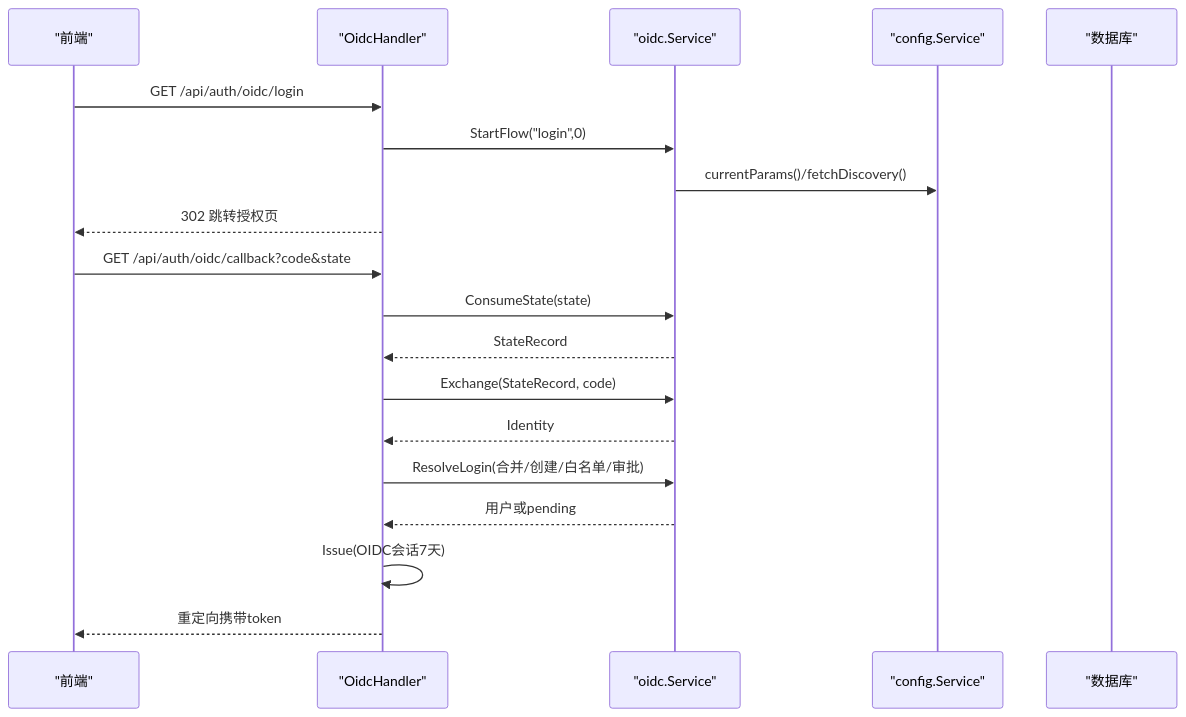
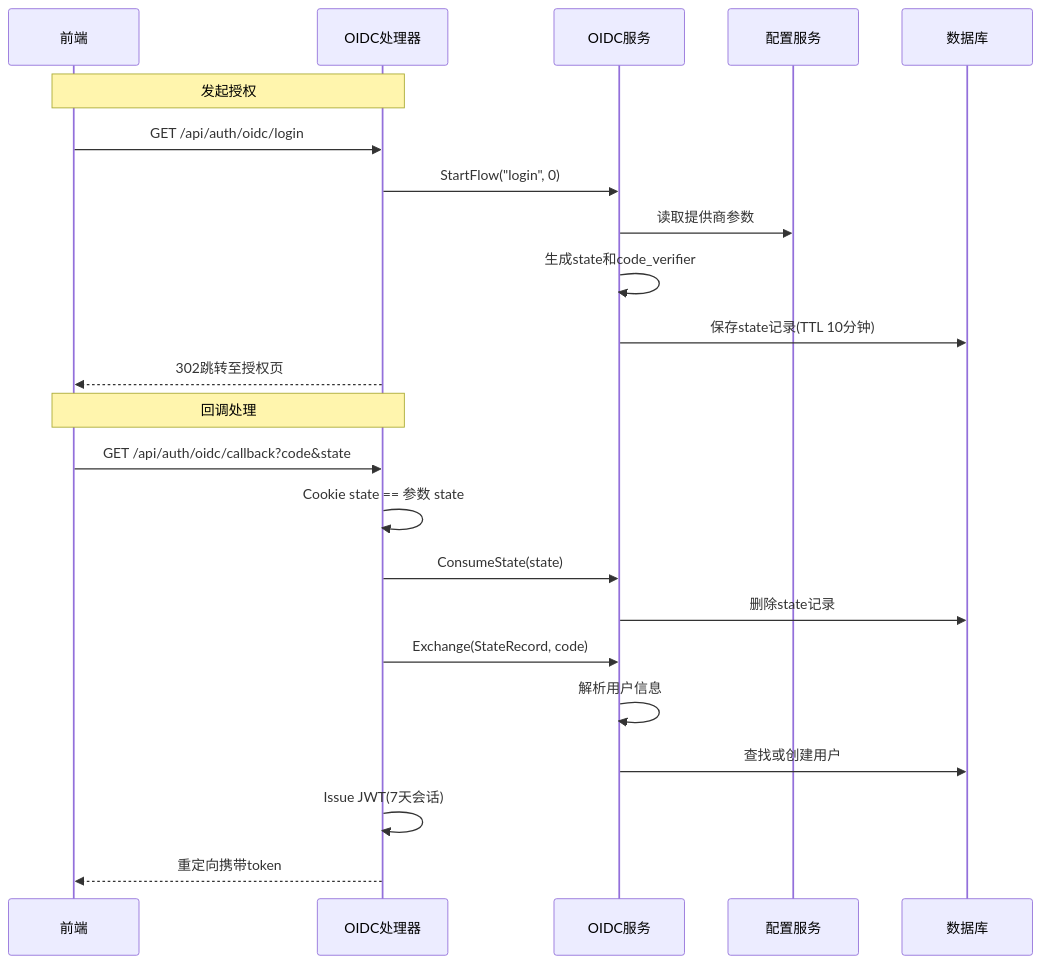
The fifth of 12 diagrams in .qoder/repowiki/zh/content/核心功能模块/认证与授权系统/认证与授权系统.md (AlcaProphet/VPN-Subscription-Management), drawn with Mermaid before and after one commit. The commit also changed other lines of this file and 8 other files, not shown here.

````diff
--- a/.qoder/repowiki/zh/content/核心功能模块/认证与授权系统/认证与授权系统.md
+++ b/.qoder/repowiki/zh/content/核心功能模块/认证与授权系统/认证与授权系统.md
@@ -227,21 +209,25 @@
 ```mermaid
 sequenceDiagram
-participant FE as "前端"
-participant API as "OidcHandler"
-participant OIDC as "oidc.Service"
-participant CFG as "config.Service"
-participant DB as "数据库"
+participant FE as 前端
+participant API as OIDC处理器
+participant OIDC as OIDC服务
+participant CFG as 配置服务
+participant DB as 数据库
+Note over FE,API : 发起授权
 FE->>API : GET /api/auth/oidc/login
-API->>OIDC : StartFlow("login",0)
-OIDC->>CFG : currentParams()/fetchDiscovery()
-API-->>FE : 302 跳转授权页
+API->>OIDC : StartFlow("login", 0)
+OIDC->>CFG : 读取提供商参数
+OIDC->>OIDC : 生成state和code_verifier
+OIDC->>DB : 保存state记录(TTL 10分钟)
+API-->>FE : 302跳转至授权页
+Note over FE,API : 回调处理
 FE->>API : GET /api/auth/oidc/callback?code&state
+API->>API : Cookie state == 参数 state
 API->>OIDC : ConsumeState(state)
-OIDC-->>API : StateRecord
+OIDC->>DB : 删除state记录
 API->>OIDC : Exchange(StateRecord, code)
-OIDC-->>API : Identity
-API->>OIDC : ResolveLogin(合并/创建/白名单/审批)
-OIDC-->>API : 用户或pending
-API->>API : Issue(OIDC会话7天)
+OIDC->>OIDC : 解析用户信息
+OIDC->>DB : 查找或创建用户
+API->>API : Issue JWT(7天会话)
 API-->>FE : 重定向携带token
 ```
````
